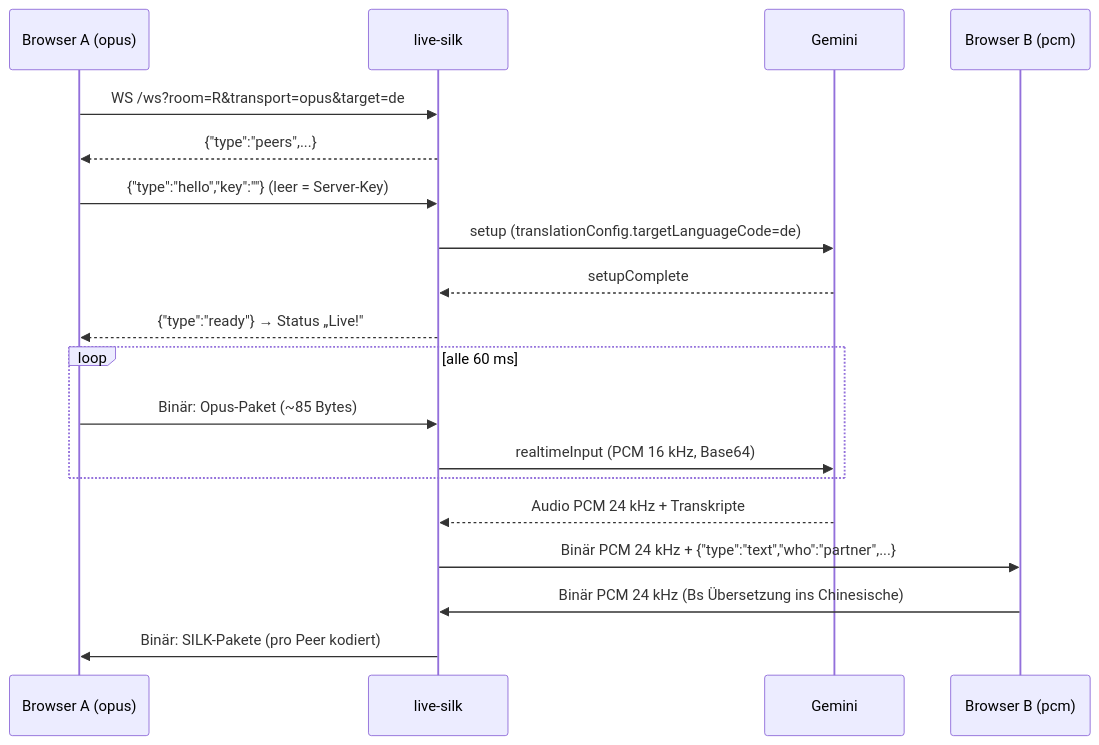
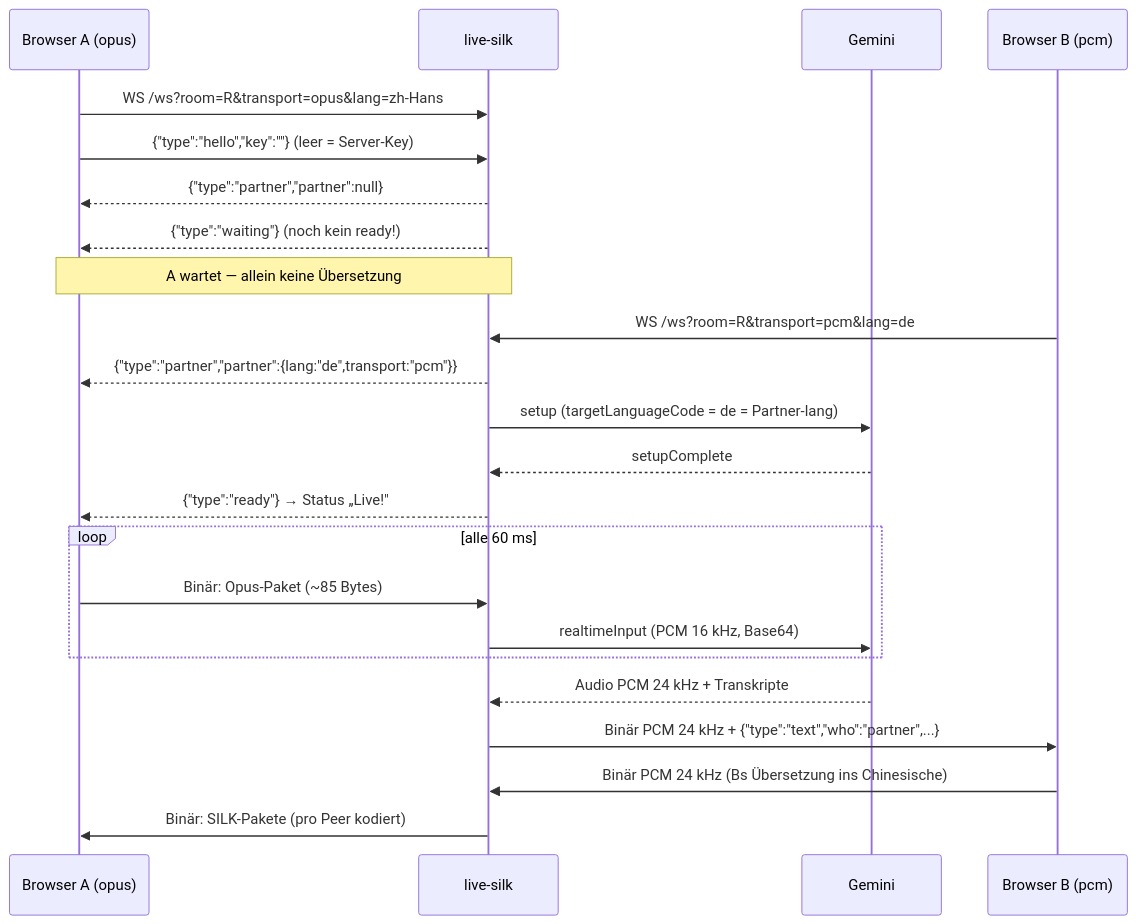
Before and after one commit to plops/cl-rust-generator: the second of 2 diagrams in examples/37_live/plan/20261027_01_silk/walkthrough.md, drawn with Mermaid. The commit also changed other lines of this file and 3 other files, not shown here.

````diff
--- a/examples/37_live/plan/20261027_01_silk/walkthrough.md
+++ b/examples/37_live/plan/20261027_01_silk/walkthrough.md
@@ -107,21 +111,25 @@
 ```mermaid
 sequenceDiagram
     participant A as Browser A (opus)
     participant S as live-silk
     participant G as Gemini
     participant B as Browser B (pcm)
-    A->>S: WS /ws?room=R&transport=opus&target=de
-    S-->>A: {"type":"peers",...}
+    A->>S: WS /ws?room=R&transport=opus&lang=zh-Hans
     A->>S: {"type":"hello","key":""}  (leer = Server-Key)
-    S->>G: setup (translationConfig.targetLanguageCode=de)
+    S-->>A: {"type":"partner","partner":null}
+    S-->>A: {"type":"waiting"}  (noch kein ready!)
+    Note over A,S: A wartet — allein keine Übersetzung
+    B->>S: WS /ws?room=R&transport=pcm&lang=de
+    S-->>A: {"type":"partner","partner":{lang:"de",transport:"pcm"}}
+    S->>G: setup (targetLanguageCode = de = Partner-lang)
     G-->>S: setupComplete
     S-->>A: {"type":"ready"} → Status „Live!"
     loop alle 60 ms
         A->>S: Binär: Opus-Paket (~85 Bytes)
         S->>G: realtimeInput (PCM 16 kHz, Base64)
     end
     G-->>S: Audio PCM 24 kHz + Transkripte
     S->>B: Binär PCM 24 kHz + {"type":"text","who":"partner",...}
     B->>S: Binär PCM 24 kHz (Bs Übersetzung ins Chinesische)
     S->>A: Binär: SILK-Pakete (pro Peer kodiert)
 ```
````
